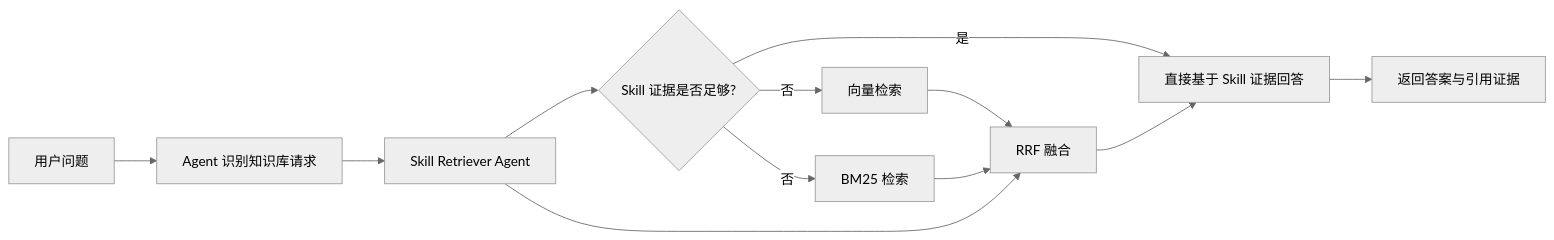
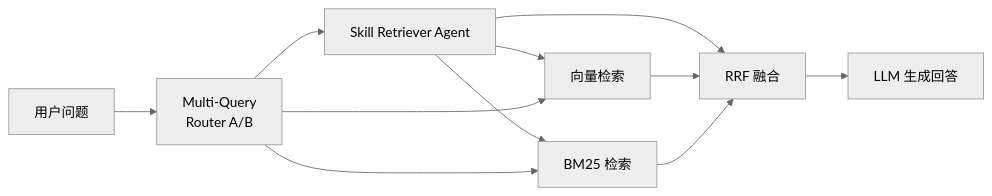
One commit to root486/langchain-localAgent changed the diagram in README.md. Above: the diagram before and after it, drawn with Mermaid (neutral theme). The commit also changed other lines of this file and 40 other files, not shown here.

````diff
--- a/README.md
+++ b/README.md
@@ -54,14 +45,13 @@
 ```mermaid
 flowchart LR
-    U["用户问题"] --> A["Agent 识别知识库请求"]
-    A --> S["Skill Retriever Agent"]
-    S --> D{"Skill 证据是否足够?"}
-    D -- "是" --> R["直接基于 Skill 证据回答"]
-    D -- "否" --> V["向量检索"]
-    D -- "否" --> B["BM25 检索"]
+    U["用户问题"] --> E["Multi-Query<br/>Router A/B"]
+    E --> S["Skill Retriever Agent"]
+    S --> V["向量检索"]
+    S --> B["BM25 检索"]
+    E --> V
+    E --> B
     S --> F["RRF 融合"]
     V --> F
     B --> F
-    F --> R
-    R --> O["返回答案与引用证据"]
+    F --> R["LLM 生成回答"]
 ```
````
